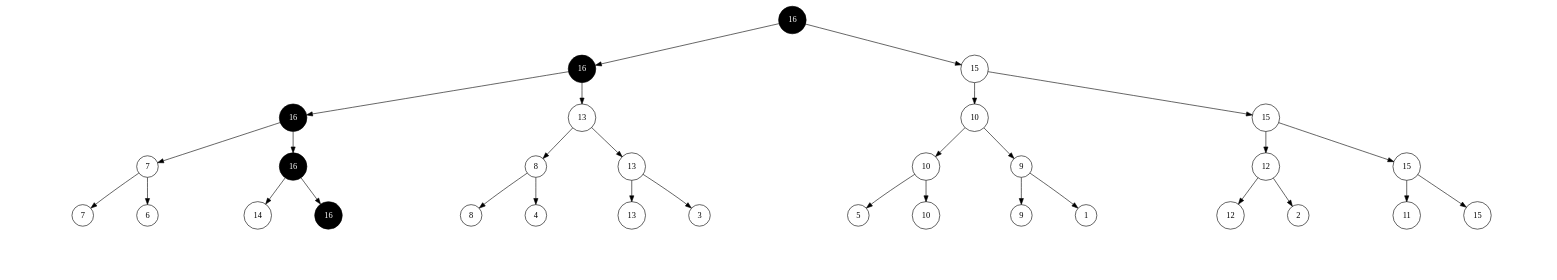
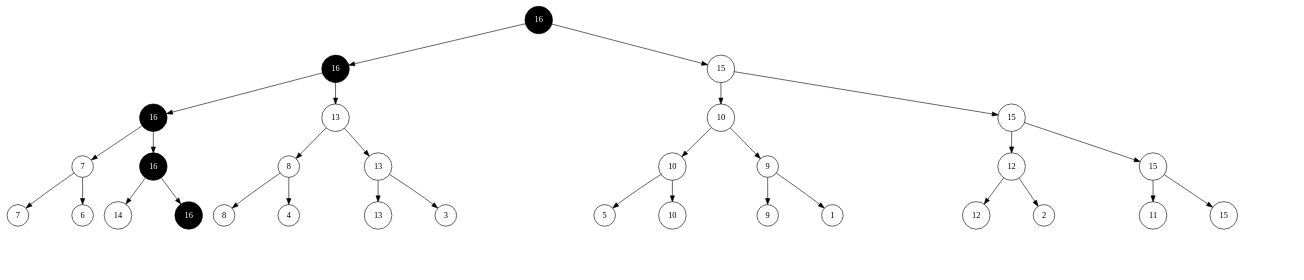
One commit to liuxinyu95/AlgoXY changed the diagram in sorting/select-sort/img/tournament-tree-1.dot. Above: the diagram before and after it, drawn with Graphviz. The commit also changed 1 other file, not shown here.

```diff
--- a/sorting/select-sort/img/tournament-tree-1.dot
+++ b/sorting/select-sort/img/tournament-tree-1.dot
@@ -5,6 +5,7 @@
 	a16_2[label="16", style=filled, fillcolor=black, fontcolor=white];
 	a7_3[label="7", style=filled, fillcolor=white, fontcolor=black];
 	a7_4[label="7", style=filled, fillcolor=white, fontcolor=black];
+        /*
 	nila7_4l[label="", style=invis];
 	nila7_4r[label="", style=invis];
 	nila7_4m[label="", style=invis];
@@ -12,7 +13,9 @@
 	a7_4->nila7_4m[style=invis];
 	a7_4->nila7_4r[style=invis];
 	{rank=same nila7_4l->nila7_4m->nila7_4r[style=invis]}
+        */
 	a6_4[label="6", style=filled, fillcolor=white, fontcolor=black];
+        /*
 	nila6_4l[label="", style=invis];
 	nila6_4r[label="", style=invis];
 	nila6_4m[label="", style=invis];
@@ -20,6 +23,7 @@
 	a6_4->nila6_4m[style=invis];
 	a6_4->nila6_4r[style=invis];
 	{rank=same nila6_4l->nila6_4m->nila6_4r[style=invis]}
+        */
 	nila7_3m[label="", style=invis];
 	a7_3->a7_4
 	a7_3->nila7_3m[style=invis];
@@ -27,21 +31,23 @@
 	{rank=same a7_4->nila7_3m->a6_4[style=invis]}
 	a16_3[label="16", style=filled, fillcolor=black, fontcolor=white];
 	a14_4[label="14", style=filled, fillcolor=white, fontcolor=black];
+        /*
 	nila14_4l[label="", style=invis];
 	nila14_4r[label="", style=invis];
 	nila14_4m[label="", style=invis];
 	a14_4->nila14_4l[style=invis];
 	a14_4->nila14_4m[style=invis];
 	a14_4->nila14_4r[style=invis];
-	{rank=same nila14_4l->nila14_4m->nila14_4r[style=invis]}
+	{rank=same nila14_4l->nila14_4m->nila14_4r[style=invis]}*/
 	a16_4[label="16", style=filled, fillcolor=black, fontcolor=white];
+        /*
 	nila16_4l[label="", style=invis];
 	nila16_4r[label="", style=invis];
 	nila16_4m[label="", style=invis];
 	a16_4->nila16_4l[style=invis];
 	a16_4->nila16_4m[style=invis];
 	a16_4->nila16_4r[style=invis];
-	{rank=same nila16_4l->nila16_4m->nila16_4r[style=invis]}
+	{rank=same nila16_4l->nila16_4m->nila16_4r[style=invis]}*/
 	nila16_3m[label="", style=invis];
 	a16_3->a14_4
 	a16_3->nila16_3m[style=invis];
```
